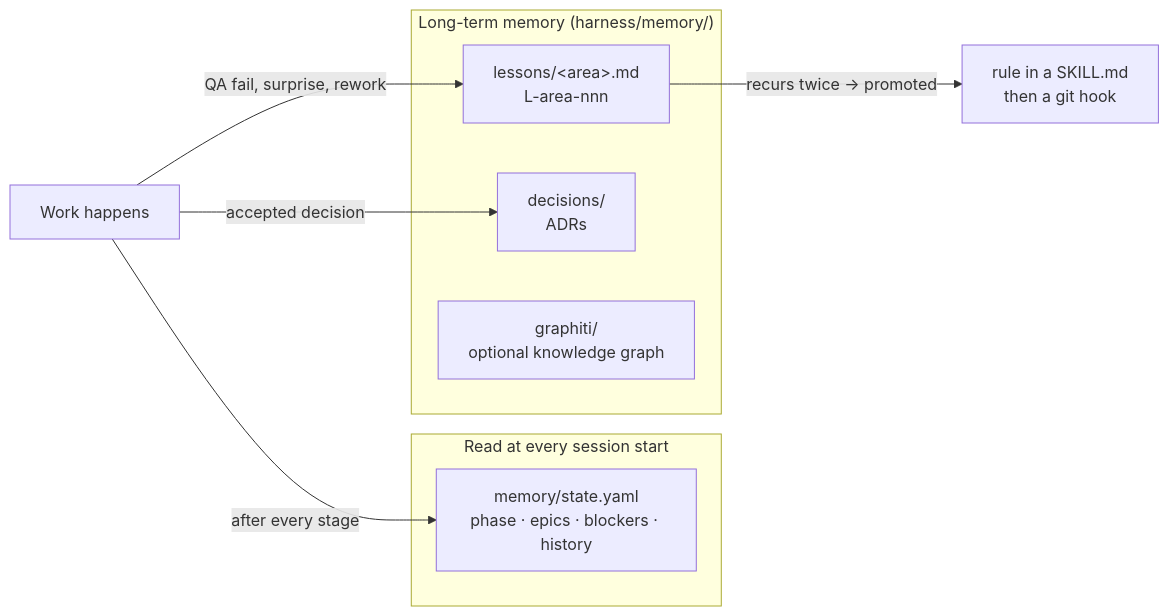
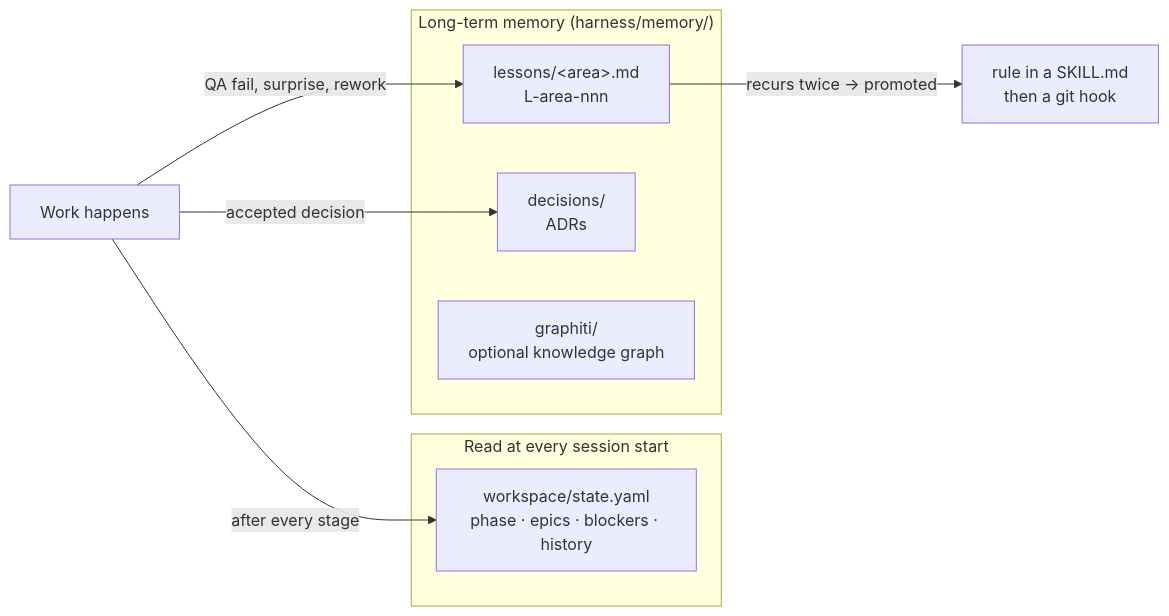
The fifth of 7 diagrams in README.md (nuhin13/Workflow), drawn with Mermaid before and after one commit. The commit also changed other lines of this file and 90 other files, not shown here.

````diff
--- a/README.md
+++ b/README.md
@@ -155,15 +155,15 @@
 ```mermaid
 flowchart LR
     subgraph EVERY_SESSION["Read at every session start"]
-        ST["memory/state.yaml<br>phase · epics · blockers · history"]
+        ST["workspace/state.yaml<br>phase · epics · blockers · history"]
     end
     subgraph LONG_TERM["Long-term memory (harness/memory/)"]
         LE["lessons/&lt;area&gt;.md<br>L-area-nnn"]
         AD["decisions/<br>ADRs"]
         GR["graphiti/<br>optional knowledge graph"]
     end
     W[Work happens] -->|after every stage| ST
     W -->|QA fail, surprise, rework| LE
     W -->|accepted decision| AD
     LE -->|"recurs twice → promoted"| RULE["rule in a SKILL.md<br>then a git hook"]
 ```
````
